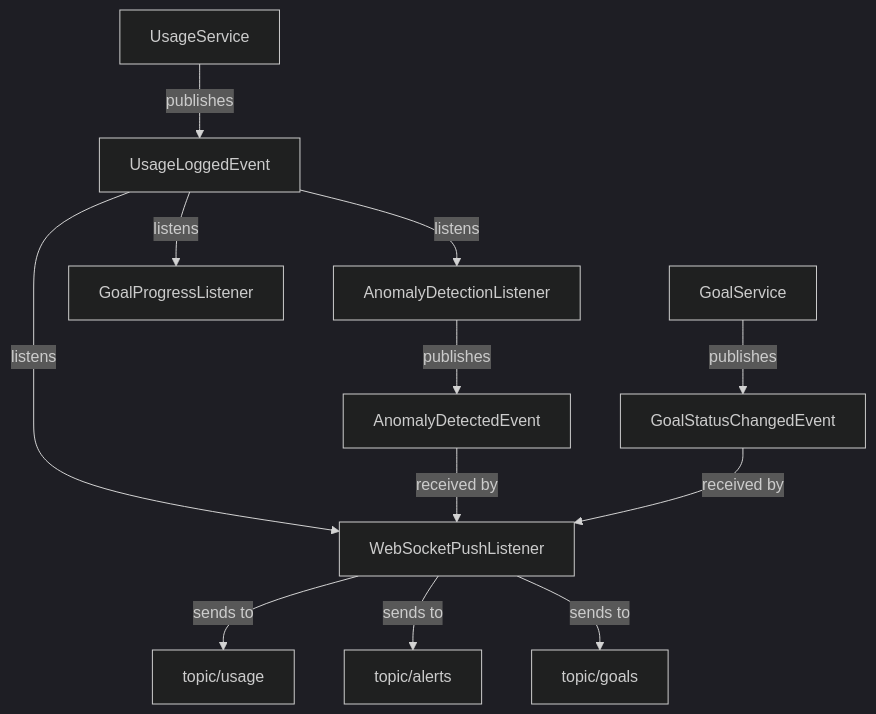
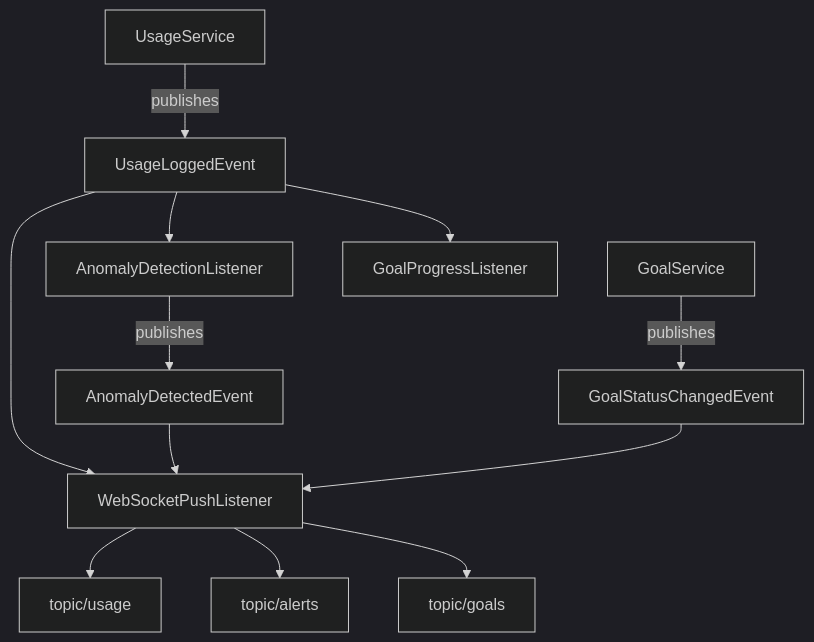
One commit to ced-kwong29/design-patterns changed diagram 20 of 32 in README.md. Above: the diagram before and after it, drawn with Mermaid (dark theme).

````diff
--- a/README.md
+++ b/README.md
@@ -622,18 +622,17 @@
 ```mermaid
-graph TB
+graph TD
     US[UsageService] -->|publishes| ULE[UsageLoggedEvent]
+    GS[GoalService] -->|publishes| GSCE[GoalStatusChangedEvent]
 
-    ULE -->|listens| ADL[AnomalyDetectionListener]
-    ULE -->|listens| GPL[GoalProgressListener]
-    ULE -->|listens| WSPL[WebSocketPushListener]
+    ULE --> ADL[AnomalyDetectionListener]
+    ULE --> GPL[GoalProgressListener]
+    ULE --> WSPL[WebSocketPushListener]
 
     ADL -->|publishes| ADE[AnomalyDetectedEvent]
-    GS[GoalService] -->|publishes| GSCE[GoalStatusChangedEvent]
+    ADE --> WSPL
+    GSCE --> WSPL
 
-    ADE -->|received by| WSPL
-    GSCE -->|received by| WSPL
-
-    WSPL -->|sends to| T1["topic/usage"]
-    WSPL -->|sends to| T2["topic/alerts"]
-    WSPL -->|sends to| T3["topic/goals"]
+    WSPL --> T1["topic/usage"]
+    WSPL --> T2["topic/alerts"]
+    WSPL --> T3["topic/goals"]
 ```
````
